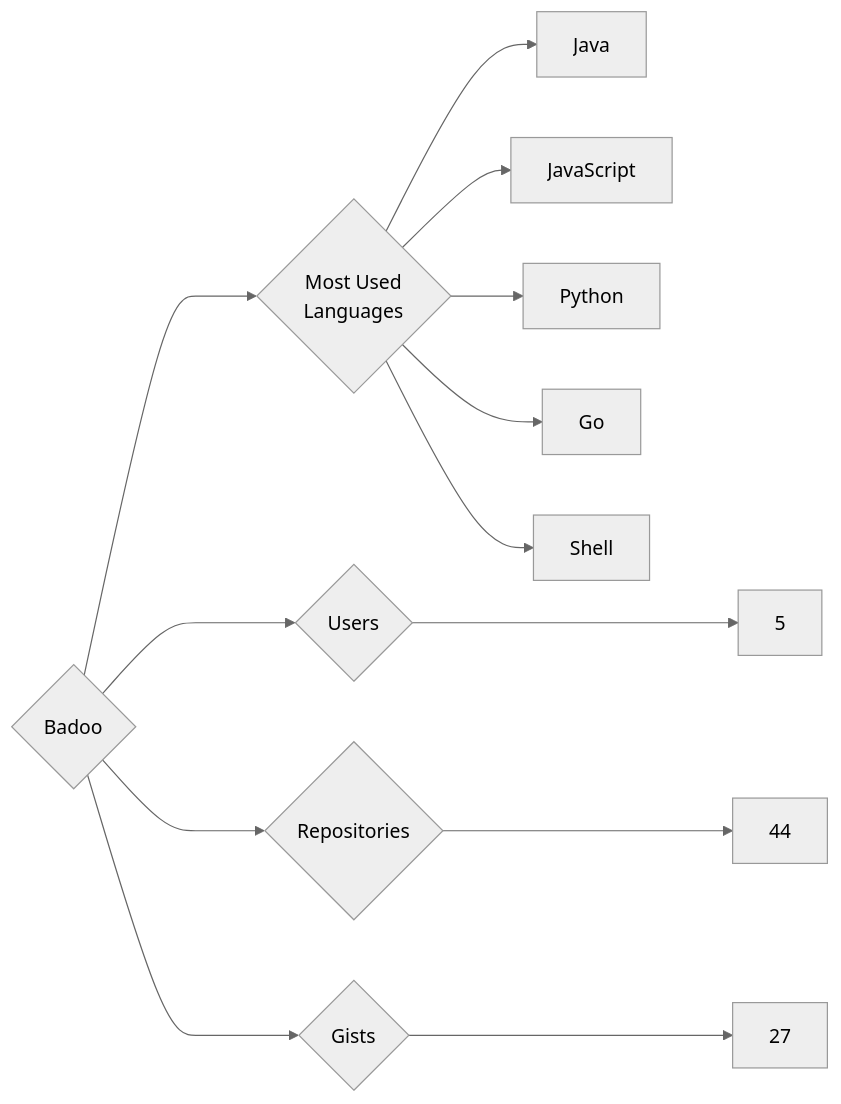
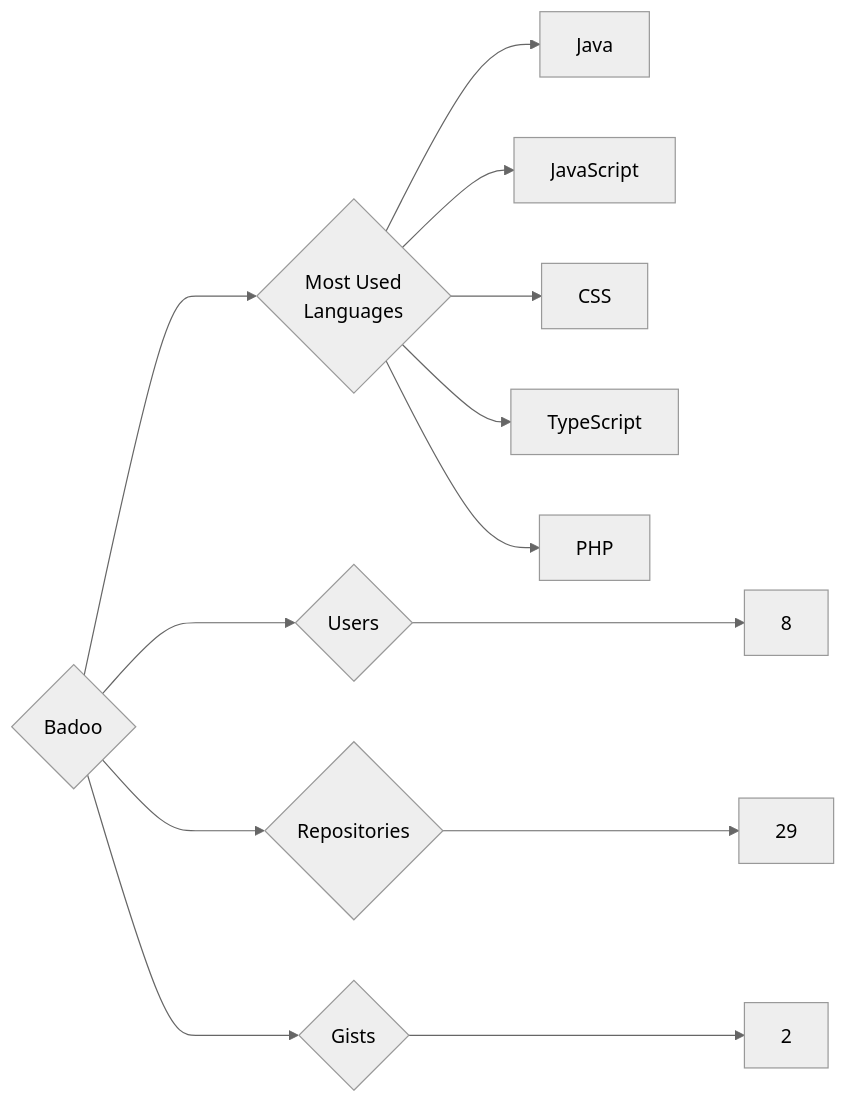
The diagram in targets/Badoo/README.md (trickest/insiders), drawn with Mermaid (neutral theme) before and after one commit. The commit also changed 1167 other files, not shown here.

````diff
--- a/targets/Badoo/README.md
+++ b/targets/Badoo/README.md
@@ -3,13 +3,13 @@
 ```mermaid
 graph LR
 COMPANY_NAME{Badoo}
-COMPANY_NAME ---> U{Users} ---> UN[5]
-COMPANY_NAME ---> R{Repositories} ---> RN[44]
-COMPANY_NAME ---> G{Gists} ---> GN[27]
+COMPANY_NAME ---> U{Users} ---> UN[8]
+COMPANY_NAME ---> R{Repositories} ---> RN[29]
+COMPANY_NAME ---> G{Gists} ---> GN[2]
 COMPANY_NAME ---> ML{Most Used<br>Languages}
 ML --> Java[Java]
 ML --> JavaScript[JavaScript]
-ML --> Python[Python]
-ML --> Go[Go]
-ML --> Shell[Shell]
+ML --> CSS[CSS]
+ML --> TypeScript[TypeScript]
+ML --> PHP[PHP]
 ```
````
